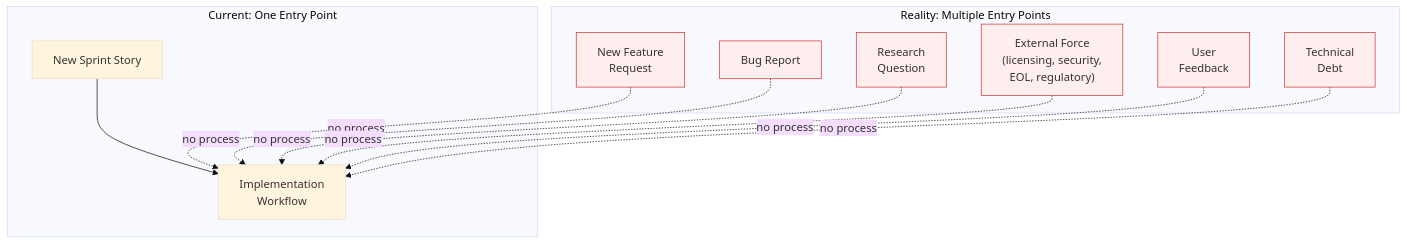
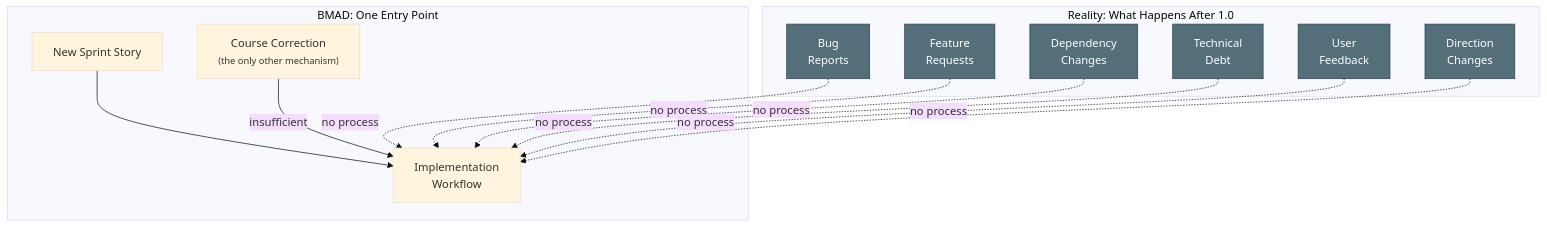
One commit to slabgorb/orc-penny changed the sixth of 13 diagrams in docs/lifecycle-improvement-rs.md. Above: the diagram before and after it, drawn with Mermaid (base theme). The commit also changed other lines of this file, not shown here.

First line of the commit message:
docs: expand lifecycle improvement brief with BMAD framing and structural analysis

````diff
--- a/docs/lifecycle-improvement-rs.md
+++ b/docs/lifecycle-improvement-rs.md
@@ -60,31 +262,33 @@
 ```mermaid
 graph TD
-    subgraph "Current: One Entry Point"
+    subgraph "BMAD: One Entry Point"
         NEW["New Sprint Story"]
+        CC["Course Correction<br/><small>(the only other mechanism)</small>"]
         IMPL["Implementation<br/>Workflow"]
     end
 
-    subgraph "Reality: Multiple Entry Points"
-        FEAT["New Feature<br/>Request"]
-        BUG["Bug Report"]
-        SPIKE["Research<br/>Question"]
-        EXT["External Force<br/>(licensing, security,<br/>EOL, regulatory)"]
+    subgraph "Reality: What Happens After 1.0"
+        BUG["Bug<br/>Reports"]
+        FEAT["Feature<br/>Requests"]
+        EXT["Dependency<br/>Changes"]
+        DEBT["Technical<br/>Debt"]
         UFEED["User<br/>Feedback"]
-        DEBT["Technical<br/>Debt"]
+        PIVOT["Direction<br/>Changes"]
     end
 
     NEW --> IMPL
+    CC -->|"insufficient"| IMPL
+    BUG -.->|"no process"| IMPL
     FEAT -.->|"no process"| IMPL
-    BUG -.->|"no process"| IMPL
-    SPIKE -.->|"no process"| IMPL
     EXT -.->|"no process"| IMPL
+    DEBT -.->|"no process"| IMPL
     UFEED -.->|"no process"| IMPL
-    DEBT -.->|"no process"| IMPL
+    PIVOT -.->|"no process"| IMPL
 
-    style FEAT fill:#fee,stroke:#c33
-    style BUG fill:#fee,stroke:#c33
-    style SPIKE fill:#fee,stroke:#c33
-    style EXT fill:#fee,stroke:#c33
-    style UFEED fill:#fee,stroke:#c33
-    style DEBT fill:#fee,stroke:#c33
+    style BUG fill:#546e7a,stroke:#29434e,color:#fff
+    style FEAT fill:#546e7a,stroke:#29434e,color:#fff
+    style EXT fill:#546e7a,stroke:#29434e,color:#fff
+    style DEBT fill:#546e7a,stroke:#29434e,color:#fff
+    style UFEED fill:#546e7a,stroke:#29434e,color:#fff
+    style PIVOT fill:#546e7a,stroke:#29434e,color:#fff
 ```
````
